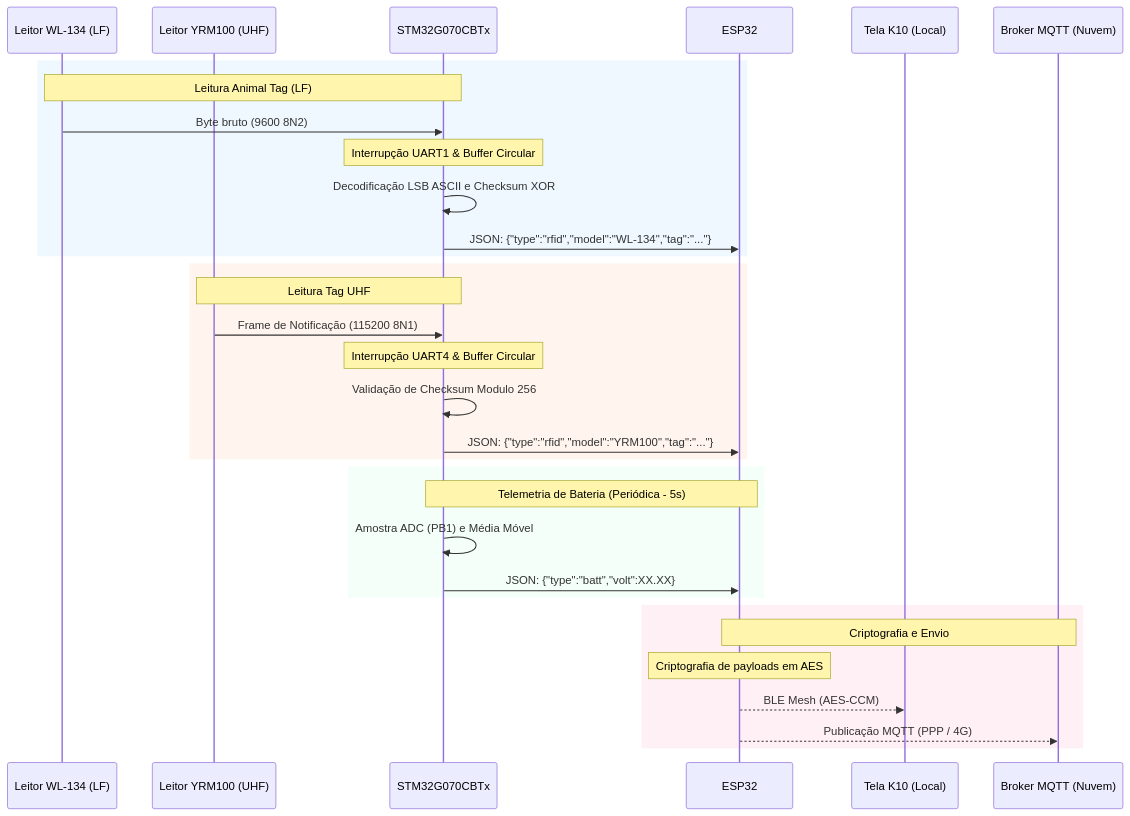
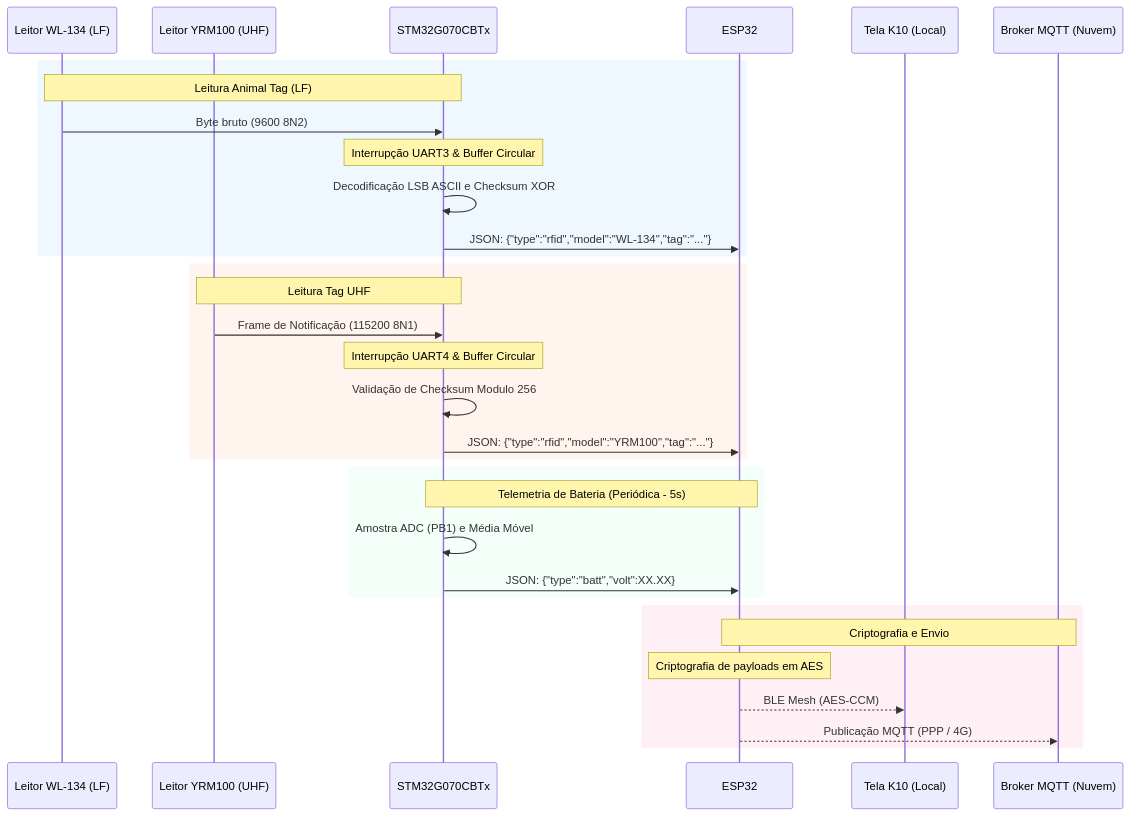
One commit to malufis/bastaoIOT-Gateway changed the diagram in Manual/arquitetura.md. Above: the diagram before and after it, drawn with Mermaid. The commit also changed other lines of this file and 39 other files, not shown here.

````diff
--- a/Manual/arquitetura.md
+++ b/Manual/arquitetura.md
@@ -43,38 +47,38 @@
 ```mermaid
 sequenceDiagram
     participant WL as Leitor WL-134 (LF)
     participant YRM as Leitor YRM100 (UHF)
     participant STM as STM32G070CBTx
     participant ESP as ESP32
     participant K10 as Tela K10 (Local)
     participant Cloud as Broker MQTT (Nuvem)
 
     rect rgb(240, 248, 255)
         Note over WL, STM: Leitura Animal Tag (LF)
         WL->>STM: Byte bruto (9600 8N2)
-        Note over STM: Interrupção UART1 & Buffer Circular
+        Note over STM: Interrupção UART3 & Buffer Circular
         STM->>STM: Decodificação LSB ASCII e Checksum XOR
         STM->>ESP: JSON: {"type":"rfid","model":"WL-134","tag":"..."}
     end
 
     rect rgb(255, 245, 238)
         Note over YRM, STM: Leitura Tag UHF
         YRM->>STM: Frame de Notificação (115200 8N1)
         Note over STM: Interrupção UART4 & Buffer Circular
         STM->>STM: Validação de Checksum Modulo 256
         STM->>ESP: JSON: {"type":"rfid","model":"YRM100","tag":"..."}
     end
 
     rect rgb(245, 255, 250)
         Note over STM, ESP: Telemetria de Bateria (Periódica - 5s)
         STM->>STM: Amostra ADC (PB1) e Média Móvel
         STM->>ESP: JSON: {"type":"batt","volt":XX.XX}
     end
 
     rect rgb(255, 240, 245)
         Note over ESP, Cloud: Criptografia e Envio
         Note over ESP: Criptografia de payloads em AES
         ESP-->>K10: BLE Mesh (AES-CCM)
         ESP-->>Cloud: Publicação MQTT (PPP / 4G)
     end
 ```
````
